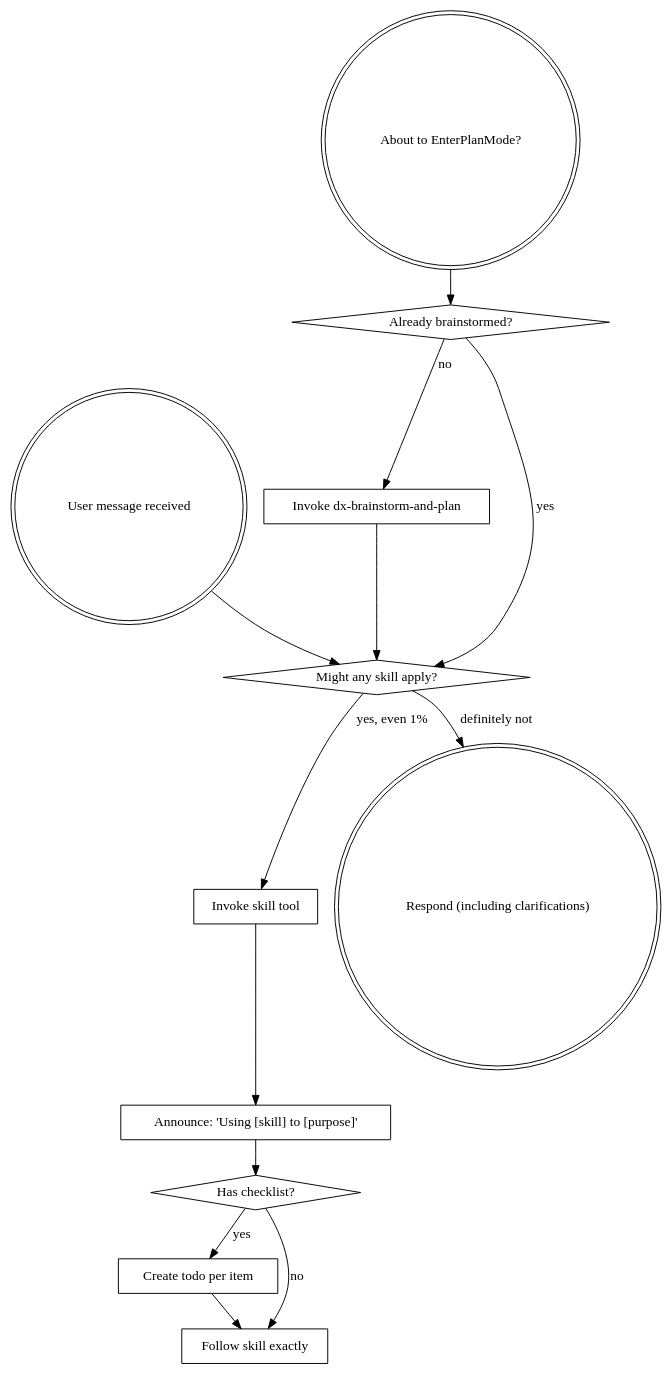
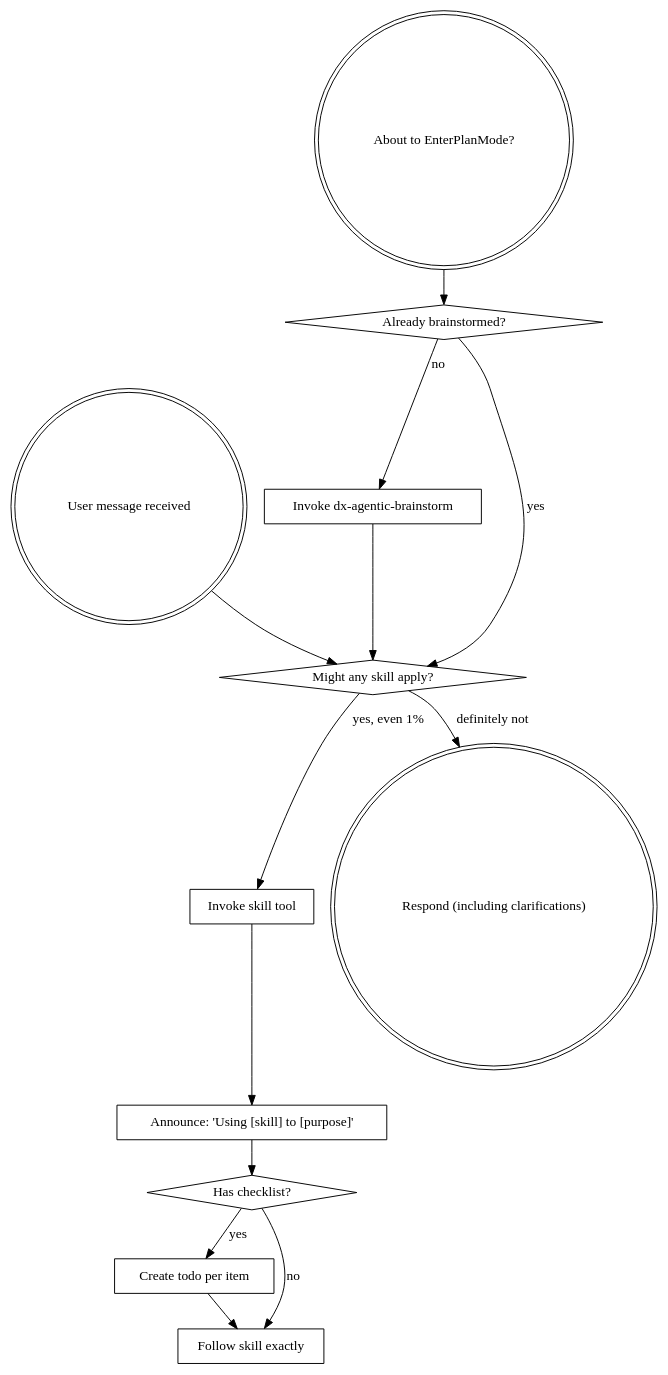
One commit to DEEPX-AI/dx_app changed the diagram in .deepx/skills/dx-skill-router/SKILL.md. Above: the diagram before and after it, drawn with Graphviz. The commit also changed other lines of this file and 149 other files, not shown here.

````diff
--- a/.deepx/skills/dx-skill-router/SKILL.md
+++ b/.deepx/skills/dx-skill-router/SKILL.md
@@ -36,29 +36,29 @@
 ```dot
 digraph skill_flow {
     "User message received" [shape=doublecircle];
     "About to EnterPlanMode?" [shape=doublecircle];
     "Already brainstormed?" [shape=diamond];
-    "Invoke dx-brainstorm-and-plan" [shape=box];
+    "Invoke dx-agentic-brainstorm" [shape=box];
     "Might any skill apply?" [shape=diamond];
     "Invoke skill tool" [shape=box];
     "Announce: 'Using [skill] to [purpose]'" [shape=box];
     "Has checklist?" [shape=diamond];
     "Create todo per item" [shape=box];
     "Follow skill exactly" [shape=box];
     "Respond (including clarifications)" [shape=doublecircle];
 
     "About to EnterPlanMode?" -> "Already brainstormed?";
-    "Already brainstormed?" -> "Invoke dx-brainstorm-and-plan" [label="no"];
+    "Already brainstormed?" -> "Invoke dx-agentic-brainstorm" [label="no"];
     "Already brainstormed?" -> "Might any skill apply?" [label="yes"];
-    "Invoke dx-brainstorm-and-plan" -> "Might any skill apply?";
+    "Invoke dx-agentic-brainstorm" -> "Might any skill apply?";
 
     "User message received" -> "Might any skill apply?";
     "Might any skill apply?" -> "Invoke skill tool" [label="yes, even 1%"];
     "Might any skill apply?" -> "Respond (including clarifications)" [label="definitely not"];
     "Invoke skill tool" -> "Announce: 'Using [skill] to [purpose]'";
     "Announce: 'Using [skill] to [purpose]'" -> "Has checklist?";
     "Has checklist?" -> "Create todo per item" [label="yes"];
     "Has checklist?" -> "Follow skill exactly" [label="no"];
     "Create todo per item" -> "Follow skill exactly";
 }
 ```
````
